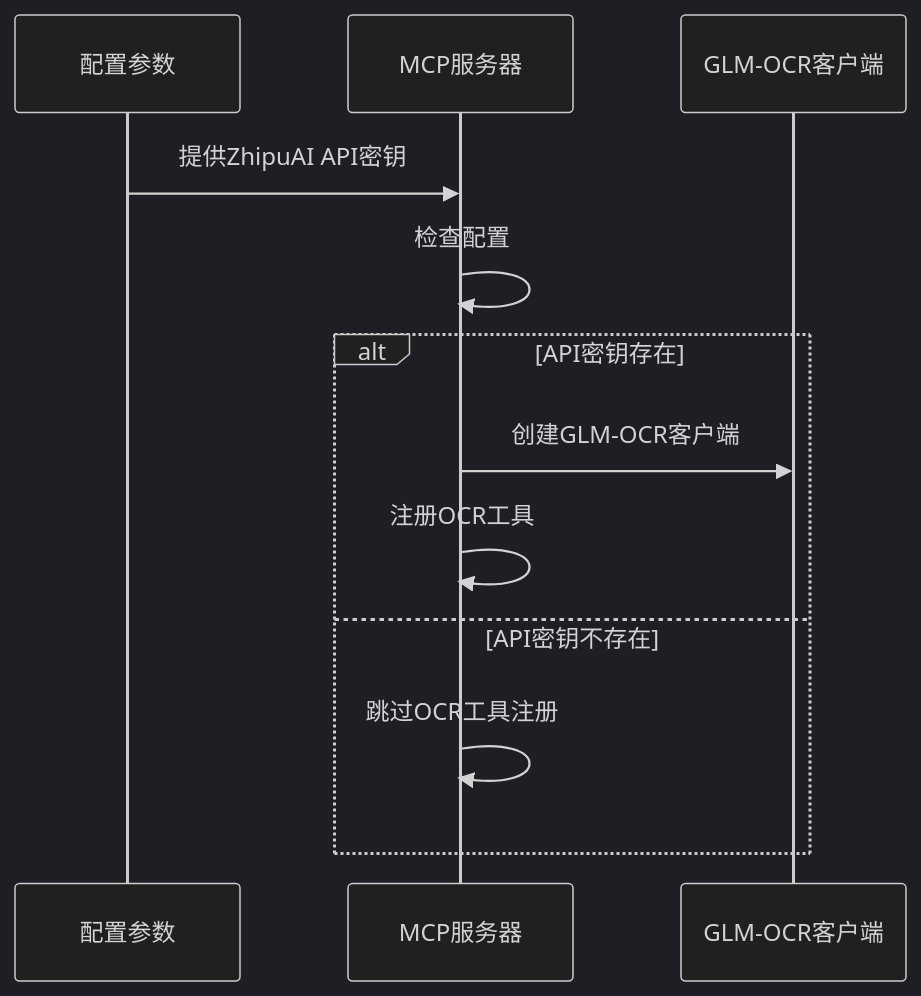
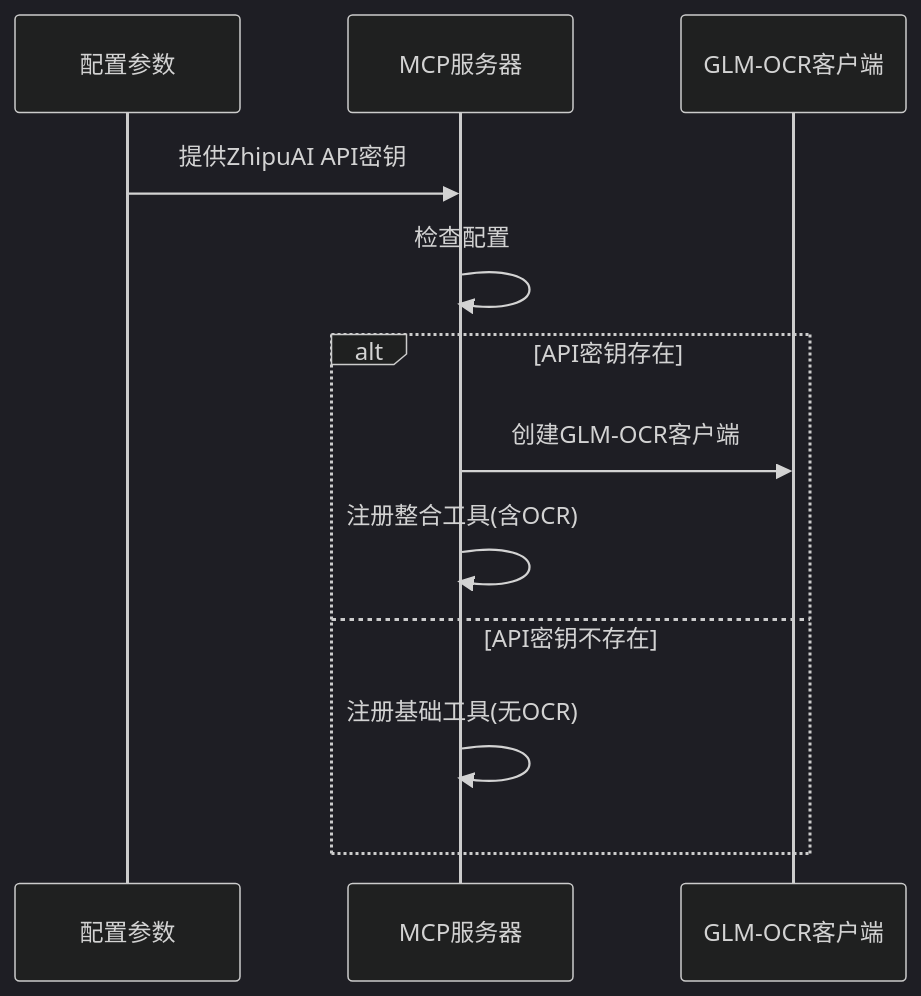
The third of 9 diagrams in .qoder/repowiki/zh/content/开发者指南/新平台扩展开发/MCP 工具注册/条件工具注册.md (zedomi/mobile-mcp-hmos), drawn with Mermaid (dark theme) before and after one commit. The commit also changed other lines of this file and 3 other files, not shown here.

````diff
--- a/.qoder/repowiki/zh/content/开发者指南/新平台扩展开发/MCP 工具注册/条件工具注册.md
+++ b/.qoder/repowiki/zh/content/开发者指南/新平台扩展开发/MCP 工具注册/条件工具注册.md
@@ -109,14 +118,14 @@
 ```mermaid
 sequenceDiagram
 participant Config as 配置参数
 participant Server as MCP服务器
 participant GLM as GLM-OCR客户端
 Config->>Server : 提供ZhipuAI API密钥
 Server->>Server : 检查配置
 alt API密钥存在
 Server->>GLM : 创建GLM-OCR客户端
-Server->>Server : 注册OCR工具
+Server->>Server : 注册整合工具(含OCR)
 else API密钥不存在
-Server->>Server : 跳过OCR工具注册
+Server->>Server : 注册基础工具(无OCR)
 end
 ```
````
